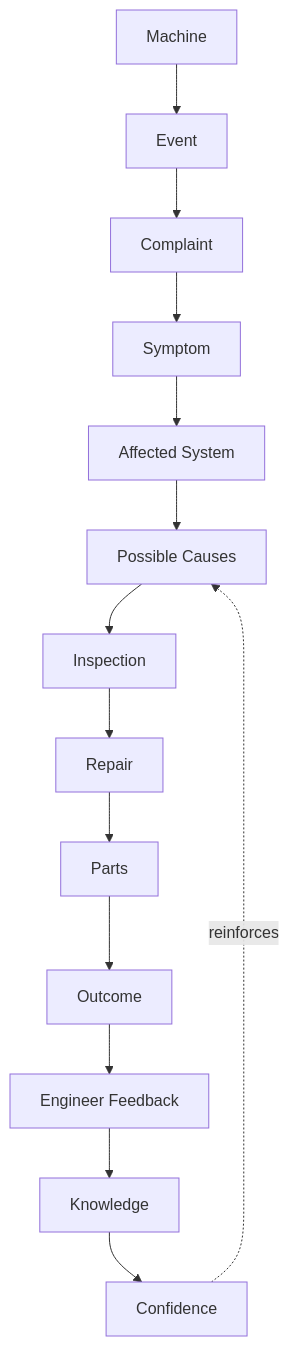
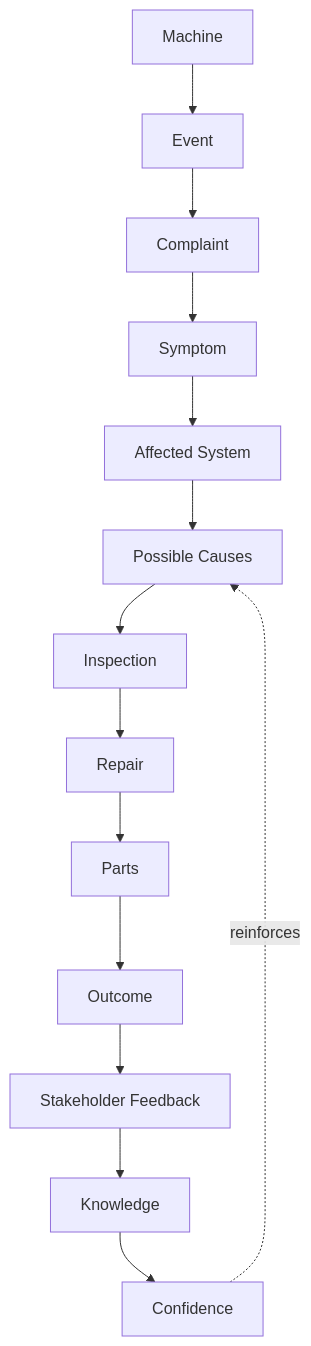
The first of 2 diagrams in docs/architecture/blueprint/07-KNOWLEDGE-DOMAIN-AND-GRAPH.md (patamin-lab/mqr-mahindra), drawn with Mermaid before and after one commit. The commit also changed other lines of this file and 15 other files, not shown here.

First line of the commit message:
docs(blueprint): v1.1 architecture refinement pass

````diff
--- a/docs/architecture/blueprint/07-KNOWLEDGE-DOMAIN-AND-GRAPH.md
+++ b/docs/architecture/blueprint/07-KNOWLEDGE-DOMAIN-AND-GRAPH.md
@@ -16,16 +17,16 @@
 ```mermaid
 flowchart TD
     Machine --> Event
     Event --> Complaint
     Complaint --> Symptom
     Symptom --> AffectedSystem[Affected System]
     AffectedSystem --> Causes[Possible Causes]
     Causes --> Inspection
     Inspection --> Repair
     Repair --> Parts
     Parts --> Outcome
-    Outcome --> Feedback[Engineer Feedback]
+    Outcome --> Feedback[Stakeholder Feedback]
     Feedback --> Knowledge
     Knowledge --> Confidence
     Confidence -.reinforces.-> Causes
 ```
````
